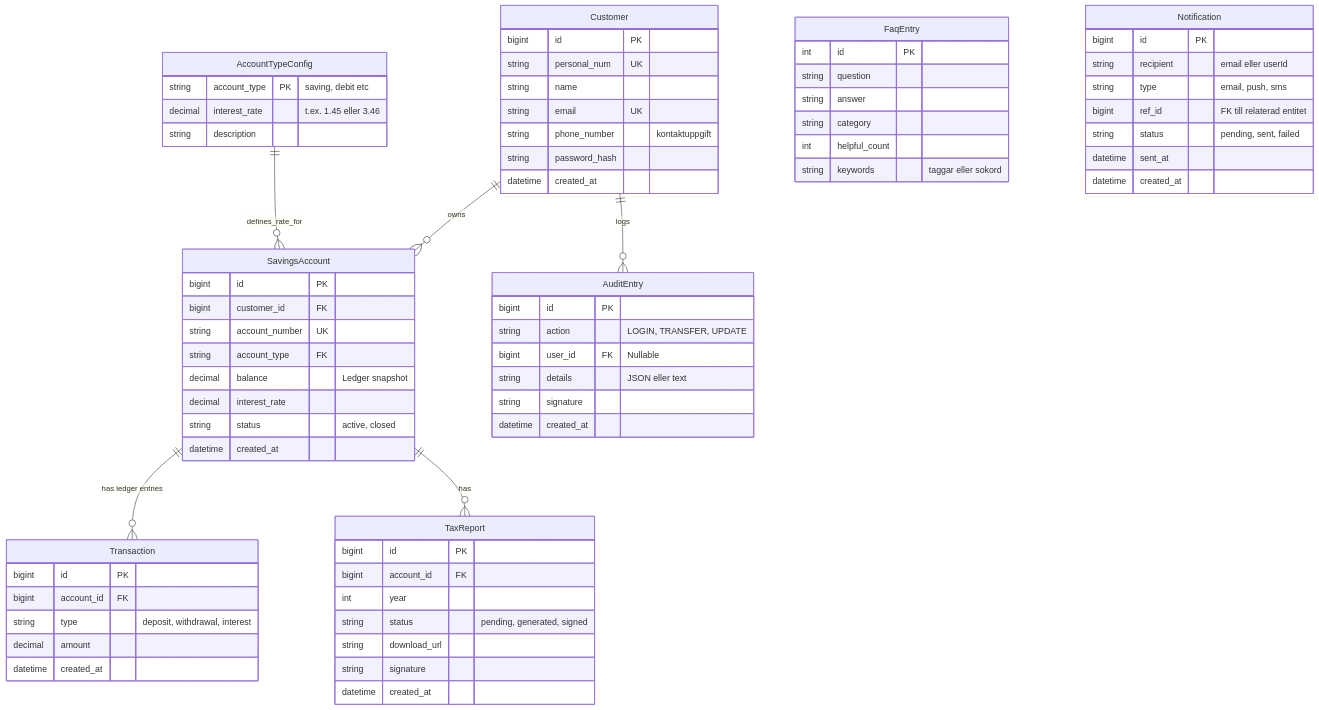
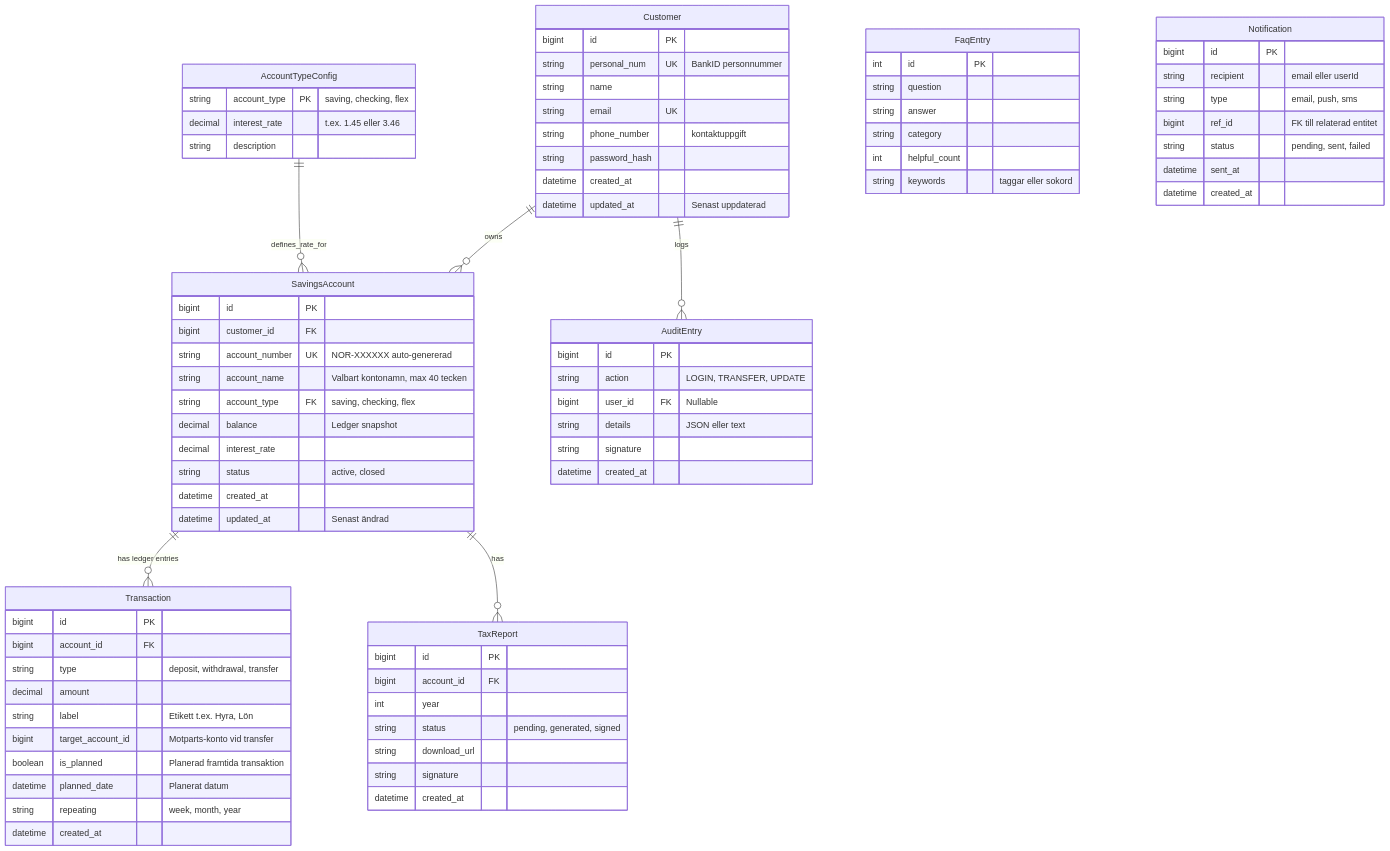
Before and after one commit to chas-challenge-2026/nordiska-team1: the diagram in README.md, drawn with Mermaid. The commit also changed 46 other files, not shown here.

```diff
--- a/README.md
+++ b/README.md
@@ -62,16 +62,17 @@
 erDiagram
     Customer {
         bigint id PK
-        string personal_num UK
+        string personal_num UK "BankID personnummer"
         string name
         string email UK
         string phone_number "kontaktuppgift"
         string password_hash
         datetime created_at
+        datetime updated_at "Senast uppdaterad"
     }
 
     AccountTypeConfig {
-        string account_type PK "saving, debit etc"
+        string account_type PK "saving, checking, flex"
         decimal interest_rate "t.ex. 1.45 eller 3.46"
         string description
     }
@@ -79,19 +80,26 @@
     SavingsAccount {
         bigint id PK
         bigint customer_id FK
-        string account_number UK
-        string account_type FK
+        string account_number UK "NOR-XXXXXX auto-genererad"
+        string account_name "Valbart kontonamn, max 40 tecken"
+        string account_type FK "saving, checking, flex"
         decimal balance "Ledger snapshot"
         decimal interest_rate
         string status "active, closed"
         datetime created_at
+        datetime updated_at "Senast ändrad"
     }
 
     Transaction {
         bigint id PK
         bigint account_id FK
-        string type "deposit, withdrawal, interest"
+        string type "deposit, withdrawal, transfer"
         decimal amount
+        string label "Etikett t.ex. Hyra, Lön"
+        bigint target_account_id "Motparts-konto vid transfer"
+        boolean is_planned "Planerad framtida transaktion"
+        datetime planned_date "Planerat datum"
+        string repeating "week, month, year"
         datetime created_at
     }
 
```
